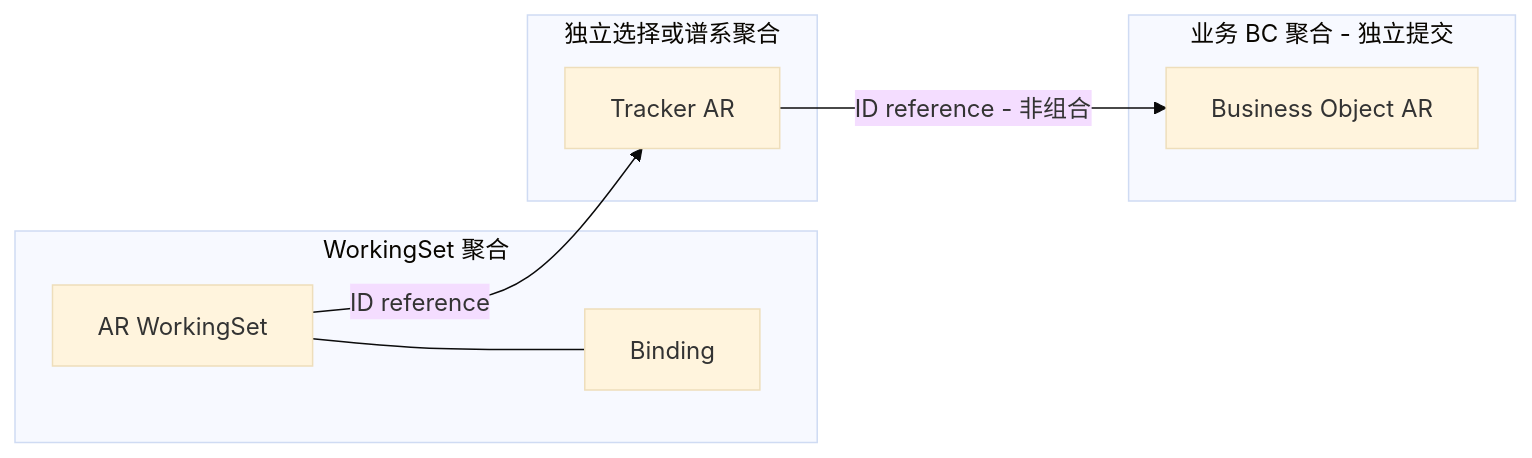
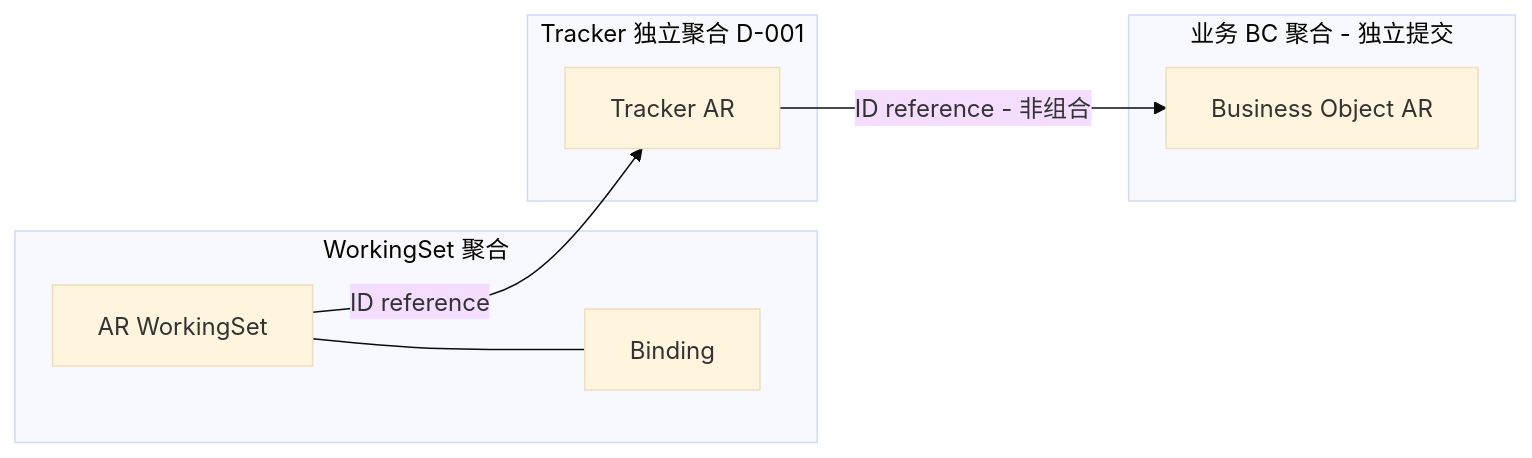
Before and after one commit to Greytrack/ddd-workingset: the second of 8 diagrams in docs/working-set/diagrams/aggregate-candidates.md, drawn with Mermaid (base theme). The commit also changed other lines of this file and 19 other files, not shown here.

First line of the commit message:
docs(工作集) 接受事实与政策主题基线并确认 Tracker 独立聚合

````diff
--- a/docs/working-set/diagrams/aggregate-candidates.md
+++ b/docs/working-set/diagrams/aggregate-candidates.md
@@ -41,16 +43,16 @@
 ```mermaid
 flowchart LR
     subgraph R["WorkingSet 聚合"]
         Root["AR WorkingSet"]
         Value["Binding"]
         Root --- Value
     end
-    subgraph T["独立选择或谱系聚合"]
+    subgraph T["Tracker 独立聚合 D-001"]
         Other["Tracker AR"]
     end
     subgraph B["业务 BC 聚合 - 独立提交"]
         Content["Business Object AR"]
     end
     Root -->|"ID reference"| Other
     Other -->|"ID reference - 非组合"| Content
 ```
````
